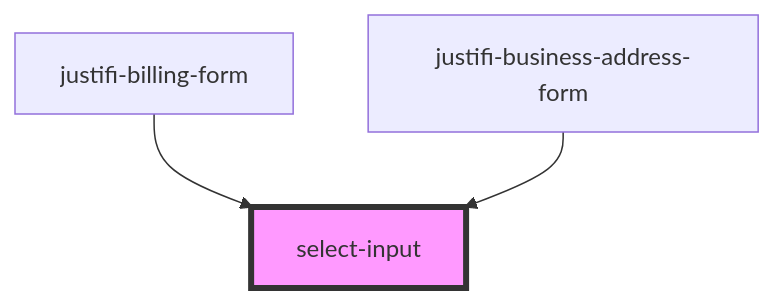
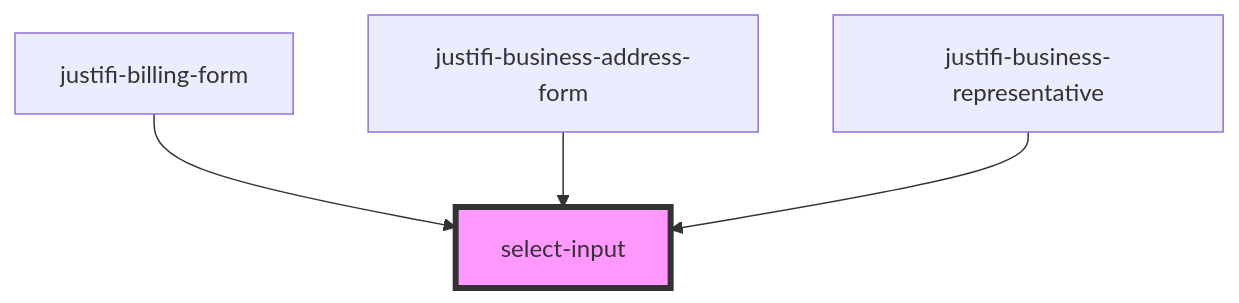
One commit to justifi-tech/web-component-library changed the diagram in stencil-library/src/components/select-input/readme.md. Above: the diagram before and after it, drawn with Mermaid. The commit also changed other lines of this file and 8 other files, not shown here.

````diff
--- a/stencil-library/src/components/select-input/readme.md
+++ b/stencil-library/src/components/select-input/readme.md
@@ -39,6 +40,7 @@
 ```mermaid
 graph TD;
   justifi-billing-form --> select-input
   justifi-business-address-form --> select-input
+  justifi-business-representative --> select-input
   style select-input fill:#f9f,stroke:#333,stroke-width:4px
 ```
````
